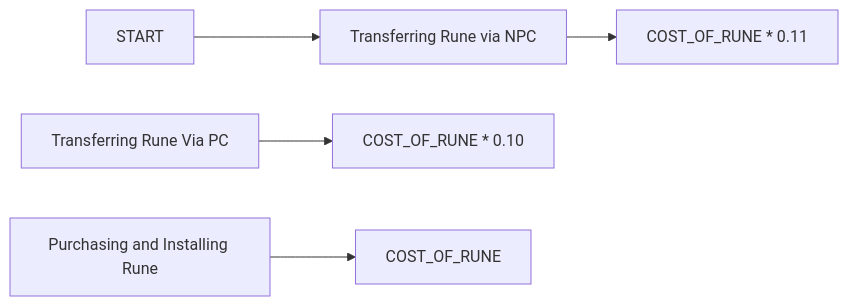
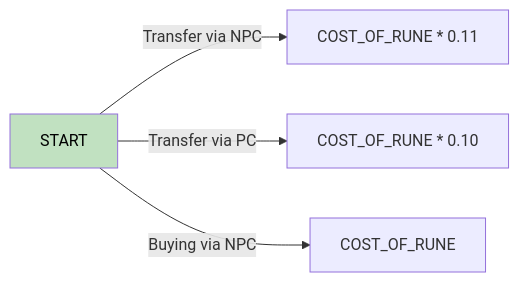
One commit to speck0413/notes changed the second of 2 diagrams in PF2E/Strength of Thousands/Flow Charts/Rune Guide.md. Above: the diagram before and after it, drawn with Mermaid.

Commit message:
July 7, 2022 5:51 PM

````diff
--- a/PF2E/Strength of Thousands/Flow Charts/Rune Guide.md
+++ b/PF2E/Strength of Thousands/Flow Charts/Rune Guide.md
@@ -26,18 +26,20 @@
 ```mermaid
 
 flowchart LR
 
-NPC[Transferring Rune via NPC]
+%%NPC[Transferring Rune via NPC]
 NPC_COST[COST_OF_RUNE * 0.11]
 
-PC[Transferring Rune Via PC]
+%%PC[Transferring Rune Via PC]
 PC_COST[COST_OF_RUNE * 0.10]
 
-RUNE[Purchasing and Installing Rune]
+%%RUNE[Purchasing and Installing Rune]
 RUNE_COST[COST_OF_RUNE]
 
-START-->NPC-->NPC_COST
-PC-->PC_COST
-RUNE-->RUNE_COST
+style START fill:#C1E1C1,color:#000
+
+START-->|Transfer via NPC|NPC_COST
+START-->|Transfer via PC|PC_COST
+START-->|Buying via NPC|RUNE_COST
 
 ```
````
